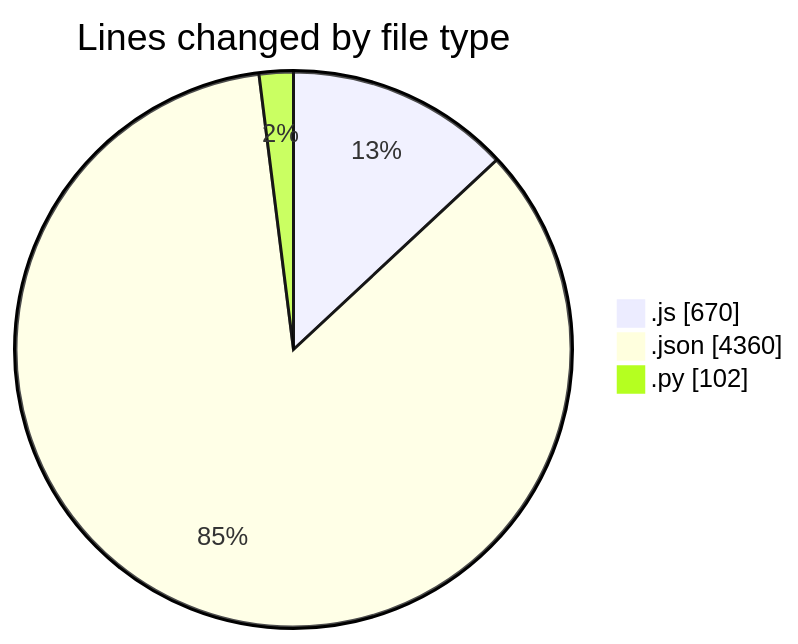
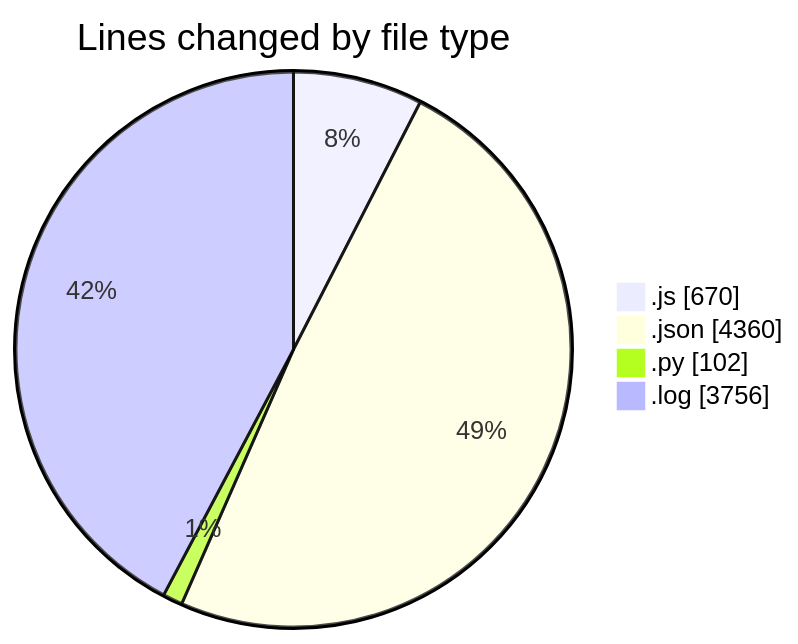
One commit to nxtqubesakshisongat/code-tracking changed the first of 2 diagrams in 2025-04-09/nxtqube_webapp/README.md. Above: the diagram before and after it, drawn with Mermaid. The commit also changed other lines of this file and 1 other file, not shown here.

````diff
--- a/2025-04-09/nxtqube_webapp/README.md
+++ b/2025-04-09/nxtqube_webapp/README.md
@@ -24,7 +25,8 @@
 ```mermaid
 pie showData
 title Lines changed by file type
 ".js" : 670
 ".json" : 4360
 ".py" : 102
+".log" : 3756
 ```
````
